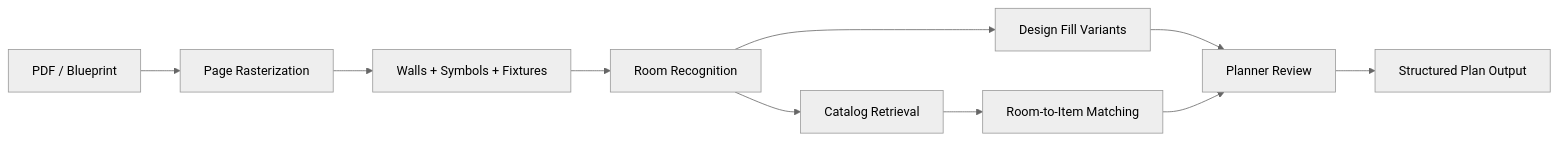
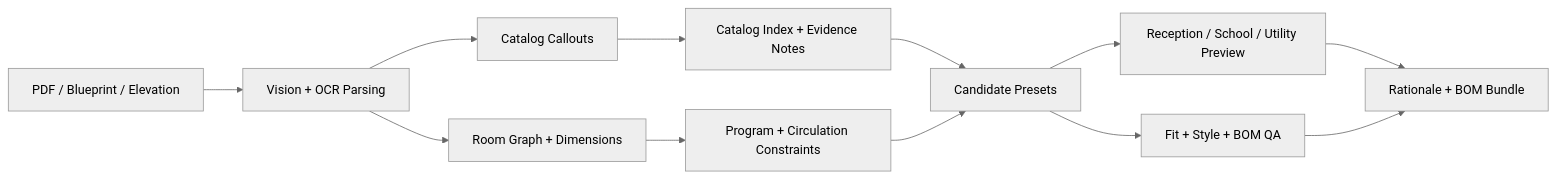
One commit to zack-dev-cm/zack-dev-cm.github.io changed the diagram in docs/projects/architectural-drawing-and-interior-catalog-matching.md. Above: the diagram before and after it, drawn with Mermaid (neutral theme). The commit also changed other lines of this file and 27 other files, not shown here.

````diff
--- a/docs/projects/architectural-drawing-and-interior-catalog-matching.md
+++ b/docs/projects/architectural-drawing-and-interior-catalog-matching.md
@@ -35,12 +36,14 @@
 ```mermaid
 flowchart LR
-  PDF["PDF / Blueprint"] --> Raster["Page Rasterization"]
-  Raster --> Detect["Walls + Symbols + Fixtures"]
-  Detect --> Rooms["Room Recognition"]
-  Rooms --> Design["Design Fill Variants"]
-  Rooms --> Retrieve["Catalog Retrieval"]
-  Retrieve --> Match["Room-to-Item Matching"]
-  Design --> Review["Planner Review"]
-  Match --> Review
-  Review --> Export["Structured Plan Output"]
+  Docs["PDF / Blueprint / Elevation"] --> Parse["Vision + OCR Parsing"]
+  Parse --> Rooms["Room Graph + Dimensions"]
+  Parse --> Callouts["Catalog Callouts"]
+  Callouts --> Catalog["Catalog Index + Evidence Notes"]
+  Rooms --> Constraints["Program + Circulation Constraints"]
+  Catalog --> Presets["Candidate Presets"]
+  Constraints --> Presets
+  Presets --> Render["Reception / School / Utility Preview"]
+  Presets --> QA["Fit + Style + BOM QA"]
+  Render --> Export["Rationale + BOM Bundle"]
+  QA --> Export
 ```
````
